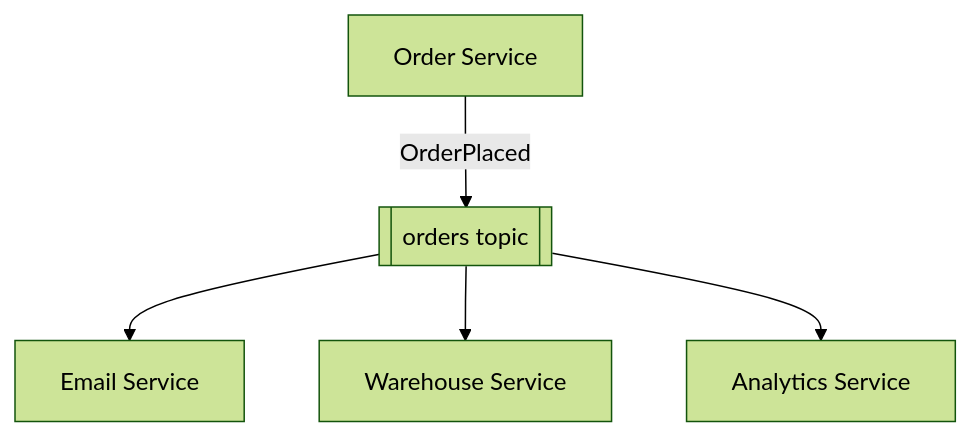
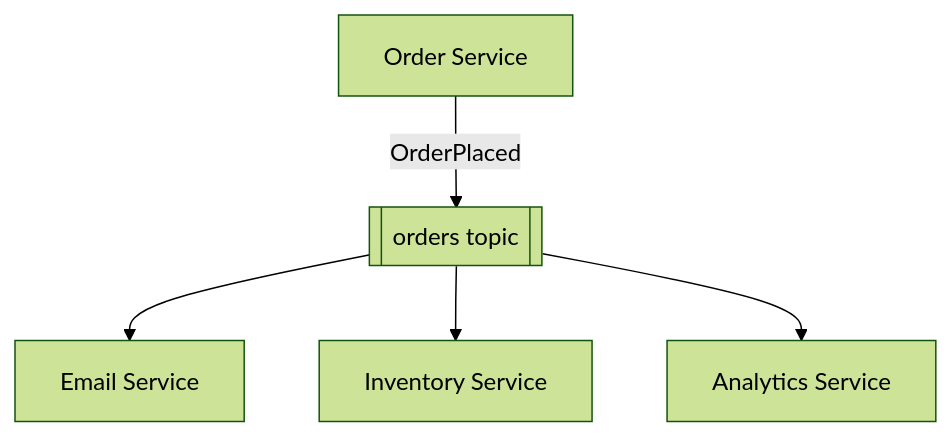
One commit to iamrs77/interview-ready changed the second of 3 diagrams in content/system-design/messaging/message-queues-pub-sub.mdx. Above: the diagram before and after it, drawn with Mermaid (forest theme). The commit also changed other lines of this file and 132 other files, not shown here.

````diff
--- a/content/system-design/messaging/message-queues-pub-sub.mdx
+++ b/content/system-design/messaging/message-queues-pub-sub.mdx
@@ -47,7 +47,7 @@
 ```mermaid
 flowchart TB
   O["Order Service"]:::service -->|"OrderPlaced"| T[["orders topic"]]:::queue
   T --> E["Email Service"]:::service
-  T --> W["Warehouse Service"]:::service
+  T --> I["Inventory Service"]:::service
   T --> A["Analytics Service"]:::service
 ```
````
